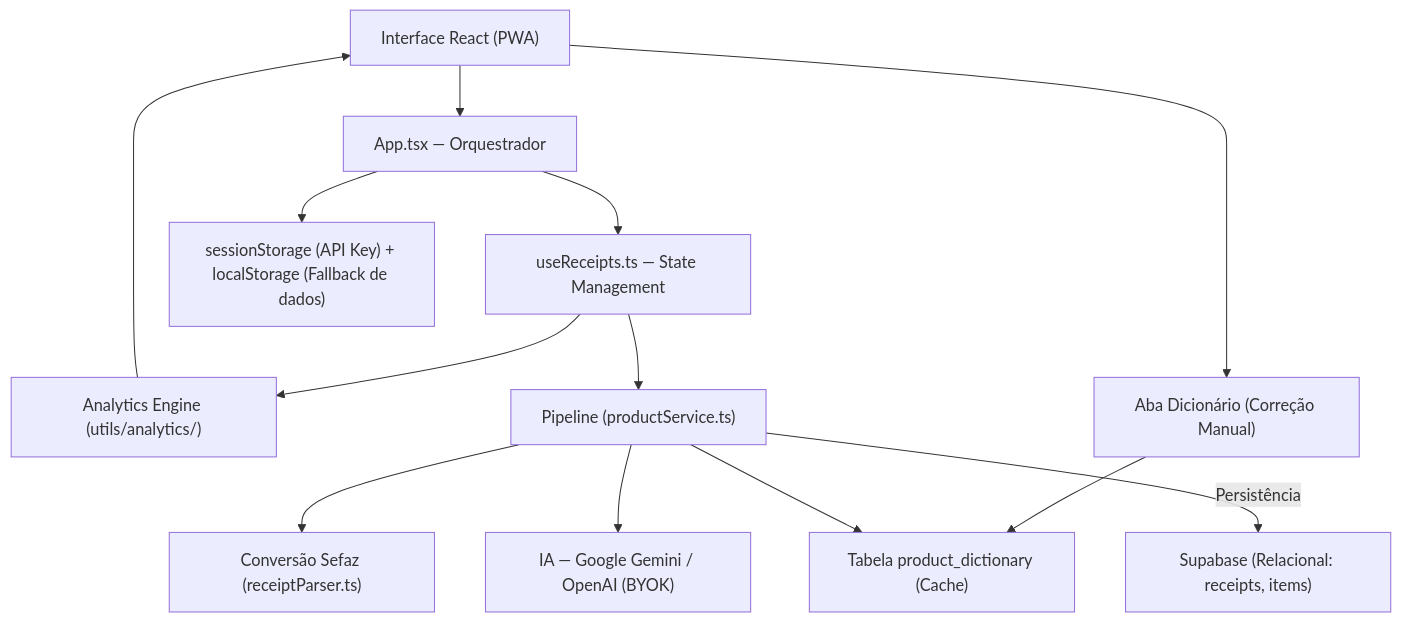
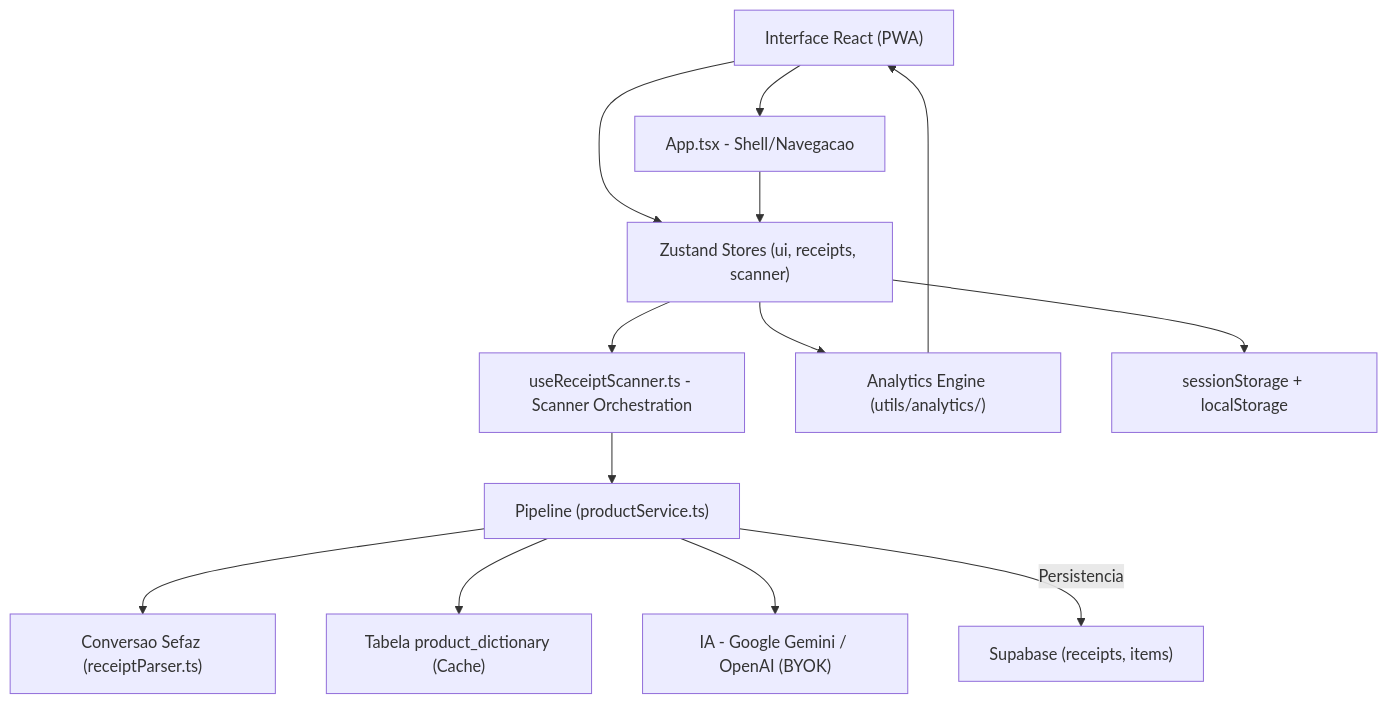
Before and after one commit to Bosguega/my_mercado: the first of 2 diagrams in ARCHITECTURE.md, drawn with Mermaid. The commit also changed other lines of this file and 15 other files, not shown here.

````diff
--- a/ARCHITECTURE.md
+++ b/ARCHITECTURE.md
@@ -38,27 +25,27 @@
 ```mermaid
 graph TD
     UI["Interface React (PWA)"]
-    App["App.tsx — Orquestrador"]
-    Hook["useReceipts.ts — State Management"]
+    App["App.tsx - Shell/Navegacao"]
+    Stores["Zustand Stores (ui, receipts, scanner)"]
+    ScannerHook["useReceiptScanner.ts - Scanner Orchestration"]
     Analytics["Analytics Engine (utils/analytics/)"]
     Pipeline["Pipeline (productService.ts)"]
-    Services["Conversão Sefaz (receiptParser.ts)"]
-    AI["IA — Google Gemini / OpenAI (BYOK)"]
-    DictionaryTab["Aba Dicionário (Correção Manual)"]
+    Services["Conversao Sefaz (receiptParser.ts)"]
+    AI["IA - Google Gemini / OpenAI (BYOK)"]
     Dictionary["Tabela product_dictionary (Cache)"]
-    Supabase["Supabase (Relacional: receipts, items)"]
-    LocalStorage["sessionStorage (API Key) + localStorage (Fallback de dados)"]
+    Supabase["Supabase (receipts, items)"]
+    LocalStorage["sessionStorage + localStorage"]
 
     UI --> App
-    App --> Hook
-    Hook --> Analytics
-    Analytics --> UI
-    Hook --> Pipeline
-    UI --> DictionaryTab
-    DictionaryTab --> Dictionary
+    UI --> Stores
+    App --> Stores
+    Stores --> ScannerHook
+    Stores --> Analytics
+    ScannerHook --> Pipeline
     Pipeline --> Services
     Pipeline --> Dictionary
     Pipeline --> AI
-    App --> LocalStorage
-    Pipeline -- "Persistência" --> Supabase
+    Pipeline -- "Persistencia" --> Supabase
+    Stores --> LocalStorage
+    Analytics --> UI
 ```
````
